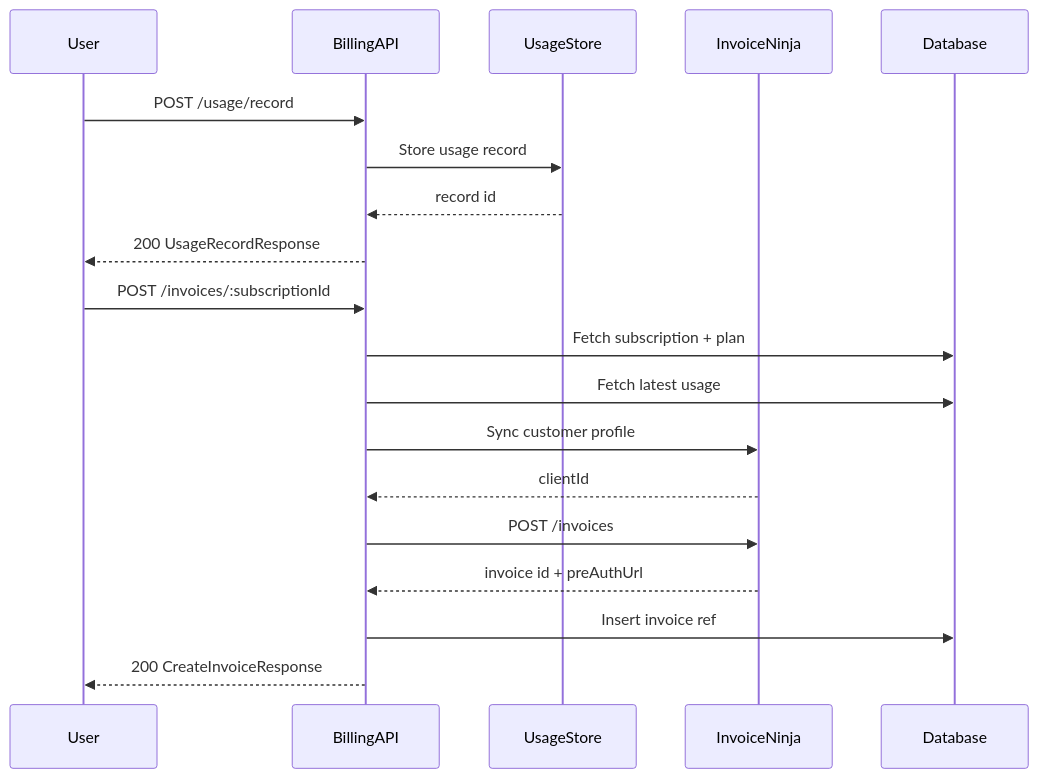
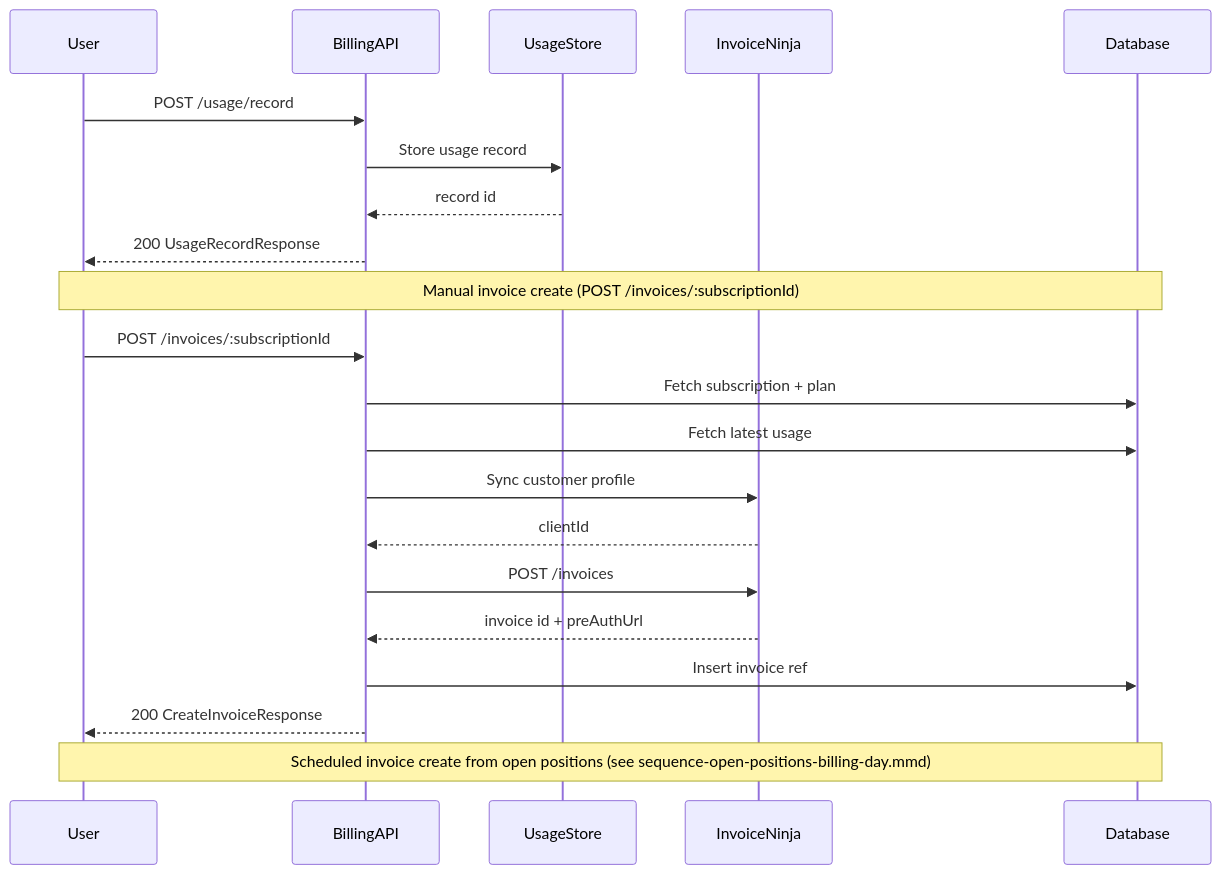
The diagram in libs/domains/framework/backend/feature-billing-manager/docs/sequence-invoicing.mmd (forepath/agenstra), drawn with Mermaid before and after one commit. The commit also changed 39 other files, not shown here.

Commit message:
fix: unified subscription billing

```diff
--- a/libs/domains/framework/backend/feature-billing-manager/docs/sequence-invoicing.mmd
+++ b/libs/domains/framework/backend/feature-billing-manager/docs/sequence-invoicing.mmd
@@ -1,21 +1,24 @@
 sequenceDiagram
     participant User
     participant BillingAPI
     participant UsageStore
     participant InvoiceNinja
     participant Database
 
     User->>BillingAPI: POST /usage/record
     BillingAPI->>UsageStore: Store usage record
     UsageStore-->>BillingAPI: record id
     BillingAPI-->>User: 200 UsageRecordResponse
 
+    Note over User,Database: Manual invoice create (POST /invoices/:subscriptionId)
     User->>BillingAPI: POST /invoices/:subscriptionId
     BillingAPI->>Database: Fetch subscription + plan
     BillingAPI->>Database: Fetch latest usage
     BillingAPI->>InvoiceNinja: Sync customer profile
     InvoiceNinja-->>BillingAPI: clientId
     BillingAPI->>InvoiceNinja: POST /invoices
     InvoiceNinja-->>BillingAPI: invoice id + preAuthUrl
     BillingAPI->>Database: Insert invoice ref
     BillingAPI-->>User: 200 CreateInvoiceResponse
+
+    Note over User,Database: Scheduled invoice create from open positions (see sequence-open-positions-billing-day.mmd)
```
